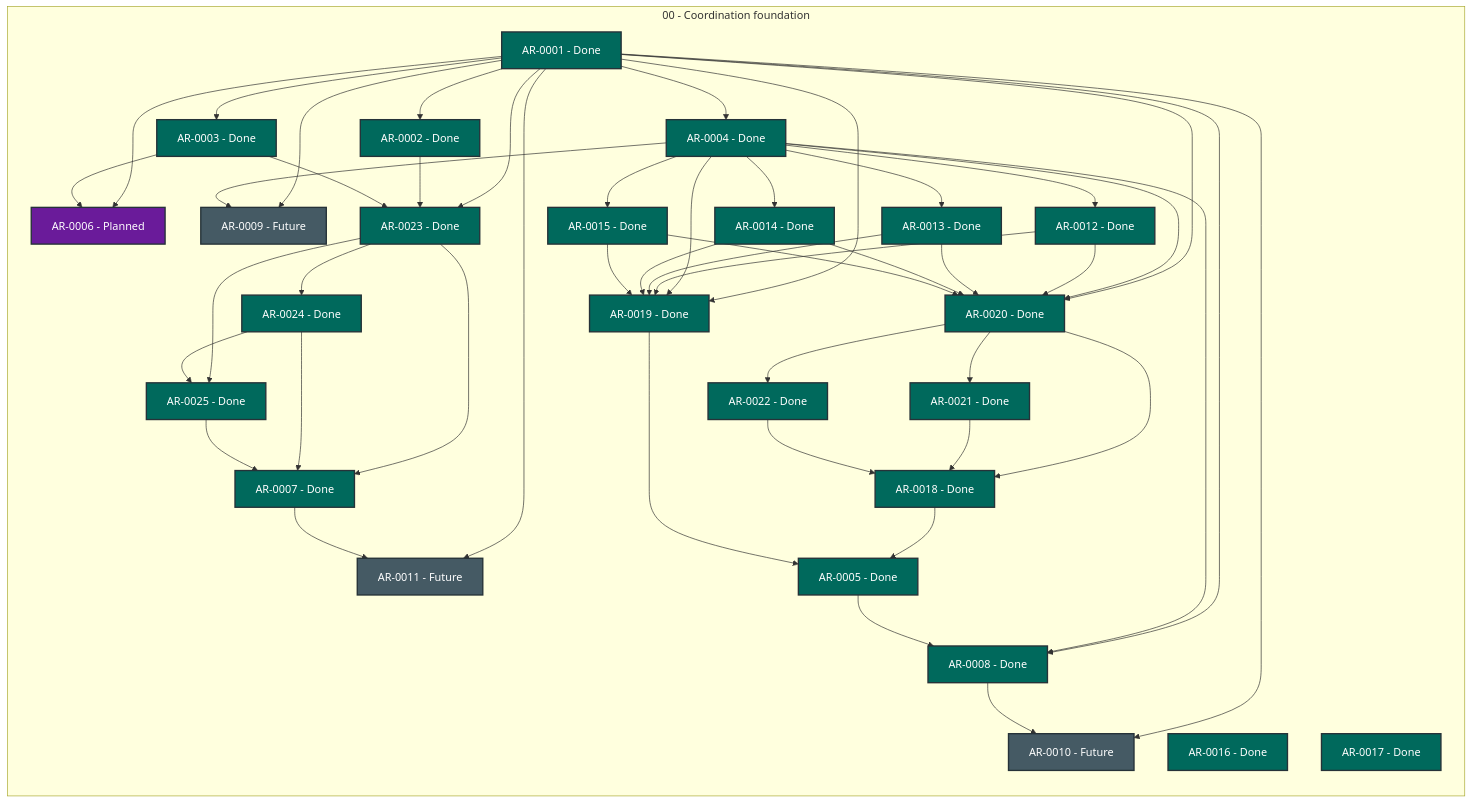
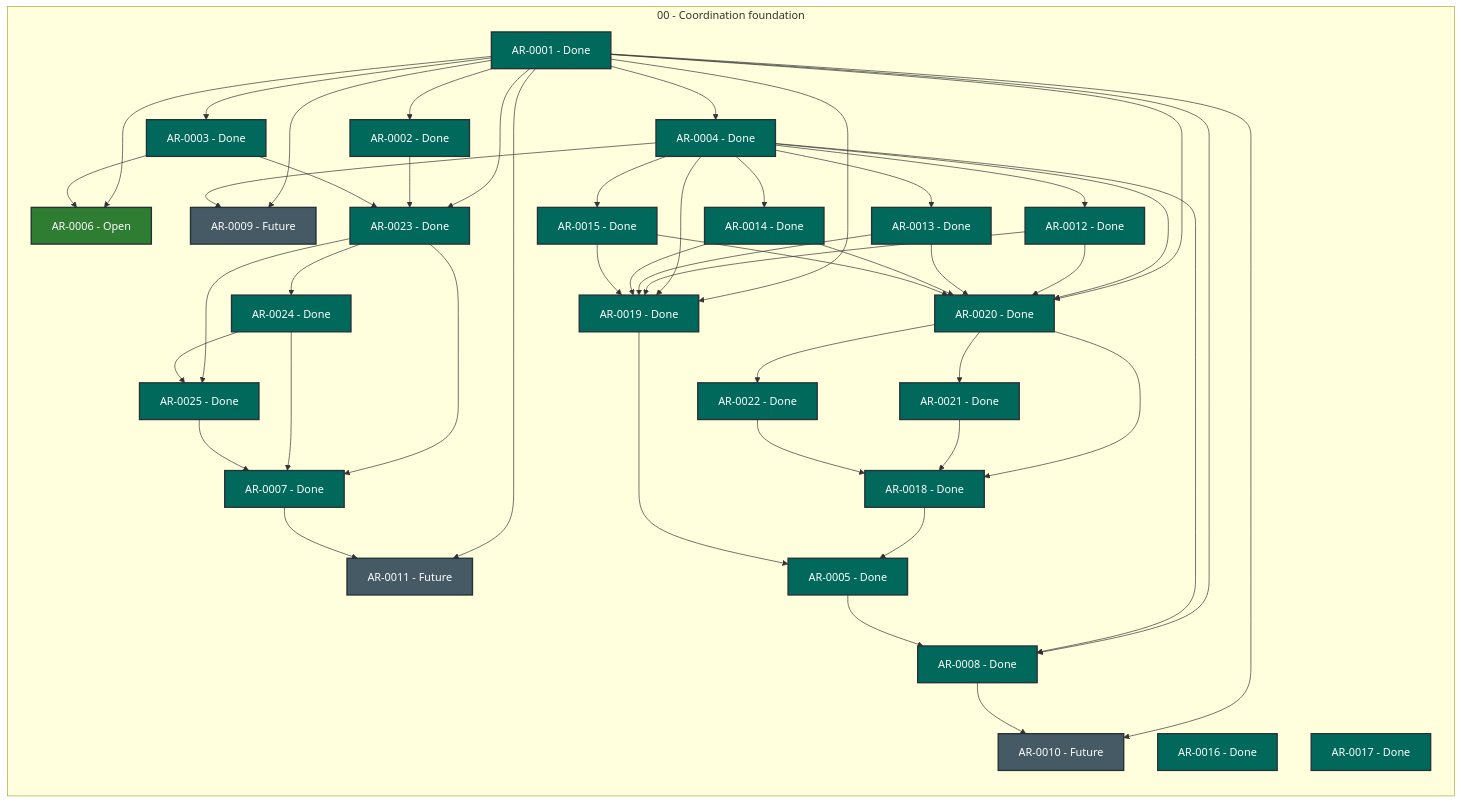
The diagram in STATUS.md (martin-beck/agent-workflow-quality-state), drawn with Mermaid before and after one commit. The commit also changed other lines of this file and 2 other files, not shown here.

```diff
--- a/STATUS.md
+++ b/STATUS.md
@@ -33,7 +33,7 @@
         AR_0003["AR-0003 - Done"]:::status_done
         AR_0004["AR-0004 - Done"]:::status_done
         AR_0005["AR-0005 - Done"]:::status_done
-        AR_0006["AR-0006 - Planned"]:::status_planned
+        AR_0006["AR-0006 - Open"]:::status_open
         AR_0007["AR-0007 - Done"]:::status_done
         AR_0008["AR-0008 - Done"]:::status_done
         AR_0009["AR-0009 - Future"]:::status_future
```
